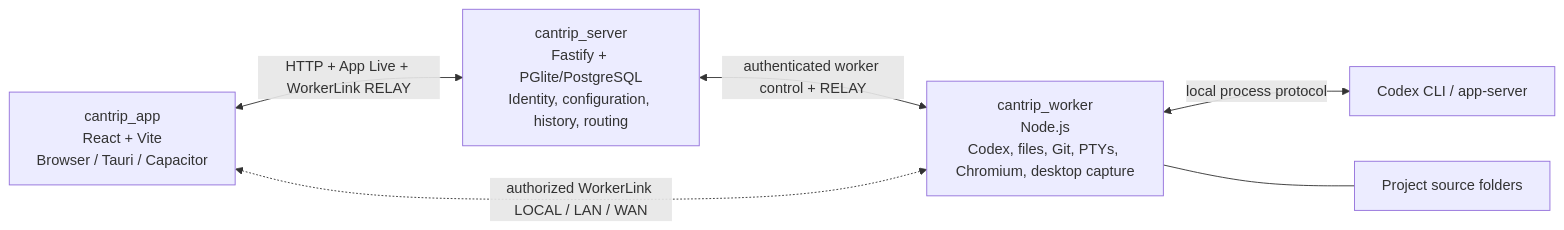
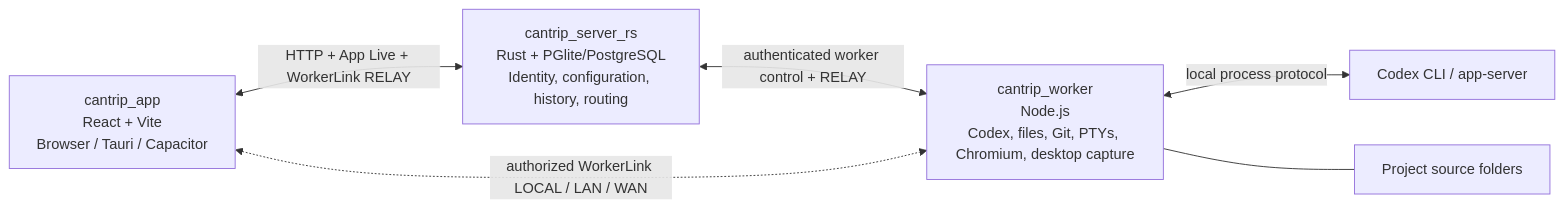
Before and after one commit to ArcaneArts/Cantrip: the diagram in README.md, drawn with Mermaid. The commit also changed other lines of this file and 1411 other files, not shown here.

````diff
--- a/README.md
+++ b/README.md
@@ -172,14 +172,14 @@
 ```mermaid
 flowchart LR
     APP["cantrip_app<br/>React + Vite<br/>Browser / Tauri / Capacitor"]
-    SERVER["cantrip_server<br/>Fastify + PGlite/PostgreSQL<br/>Identity, configuration, history, routing"]
+    SERVER["cantrip_server_rs<br/>Rust + PGlite/PostgreSQL<br/>Identity, configuration, history, routing"]
     WORKER["cantrip_worker<br/>Node.js<br/>Codex, files, Git, PTYs, Chromium, desktop capture"]
     CODEX["Codex CLI / app-server"]
     FILES["Project source folders"]
 
     APP <-->|"HTTP + App Live + WorkerLink RELAY"| SERVER
     SERVER <-->|"authenticated worker control + RELAY"| WORKER
     APP <-.->|"authorized WorkerLink LOCAL / LAN / WAN"| WORKER
     WORKER <-->|"local process protocol"| CODEX
     WORKER --- FILES
 ```
````
